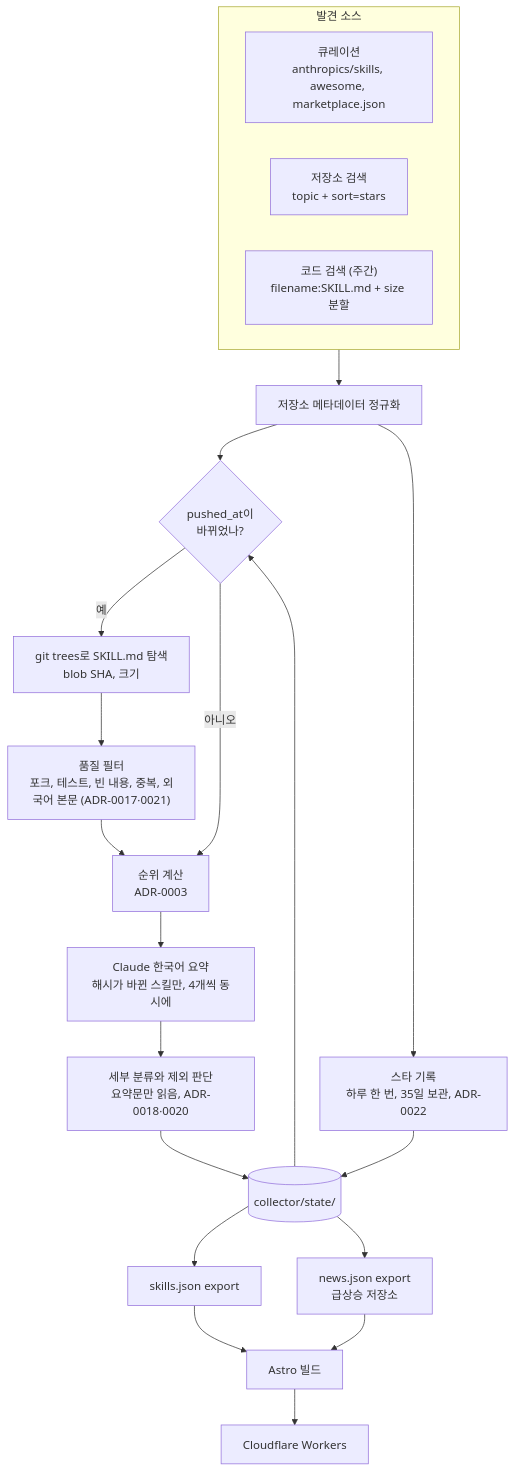
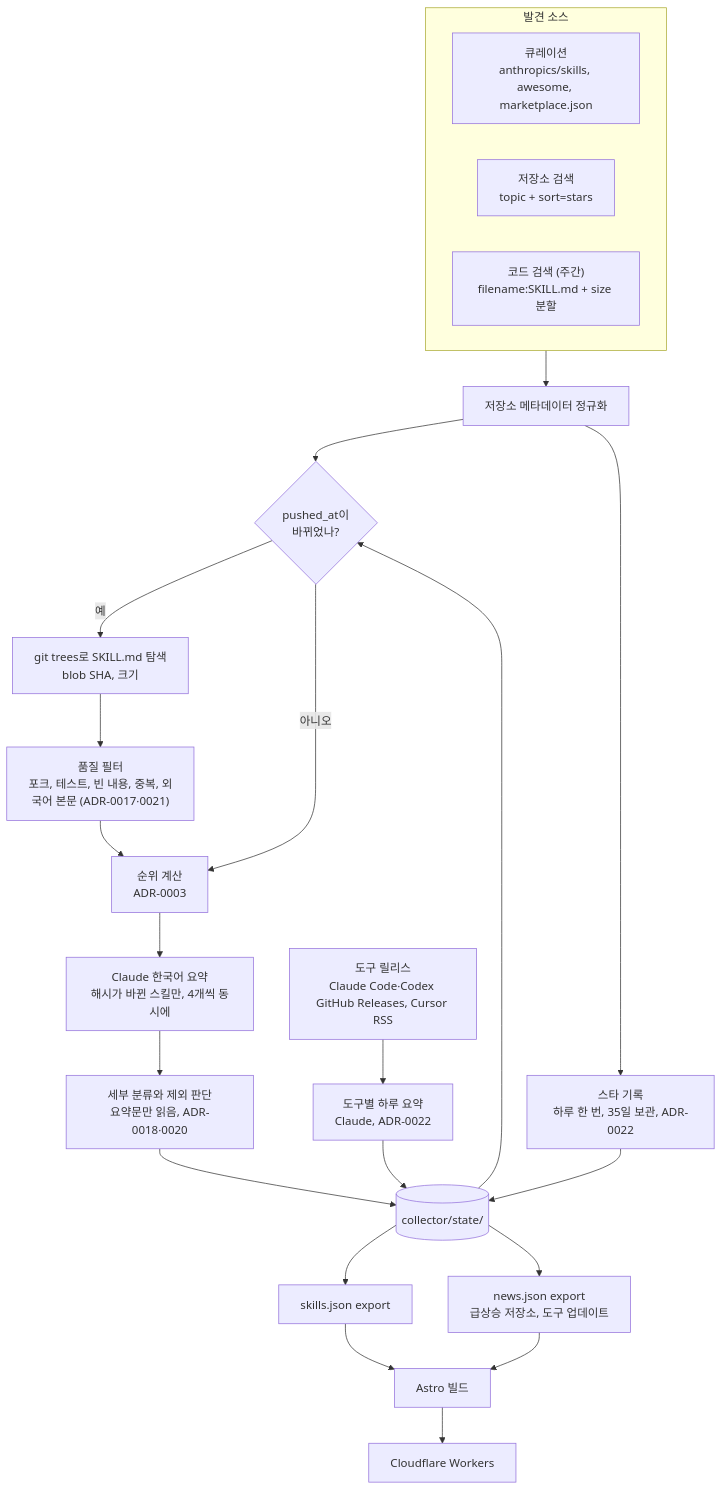
Before and after one commit to jhs3104/skillmoa: the diagram in docs/data-flow.md, drawn with Mermaid. The commit also changed 18 other files, not shown here.

First line of the commit message:
Summarize daily Claude Code, Codex and Cursor updates for 소식

````diff
--- a/docs/data-flow.md
+++ b/docs/data-flow.md
@@ -3,26 +3,28 @@
 ```mermaid
 flowchart TD
     subgraph sources["발견 소스"]
         curated["큐레이션<br/>anthropics/skills, awesome, marketplace.json"]
         topics["저장소 검색<br/>topic + sort=stars"]
         code["코드 검색 (주간)<br/>filename:SKILL.md + size 분할"]
     end
     state[("collector/state/")]
     sources --> metadata["저장소 메타데이터 정규화"]
     metadata --> gate{"pushed_at이<br/>바뀌었나?"}
     state --> gate
     gate -- 예 --> tree["git trees로 SKILL.md 탐색<br/>blob SHA, 크기"]
     gate -- 아니오 --> rank
     tree --> filter["품질 필터<br/>포크, 테스트, 빈 내용, 중복, 외국어 본문 (ADR-0017·0021)"]
     filter --> rank["순위 계산<br/>ADR-0003"]
     rank --> summarize["Claude 한국어 요약<br/>해시가 바뀐 스킬만, 4개씩 동시에"]
     summarize --> classify["세부 분류와 제외 판단<br/>요약문만 읽음, ADR-0018·0020"]
     classify --> state
     metadata --> stars["스타 기록<br/>하루 한 번, 35일 보관, ADR-0022"]
     stars --> state
     state --> export["skills.json export"]
     export --> site["Astro 빌드"]
-    state --> news["news.json export<br/>급상승 저장소"]
+    releases["도구 릴리스<br/>Claude Code·Codex GitHub Releases, Cursor RSS"] --> toolnews["도구별 하루 요약<br/>Claude, ADR-0022"]
+    toolnews --> state
+    state --> news["news.json export<br/>급상승 저장소, 도구 업데이트"]
     news --> site
     site --> workers["Cloudflare Workers"]
 ```
````
